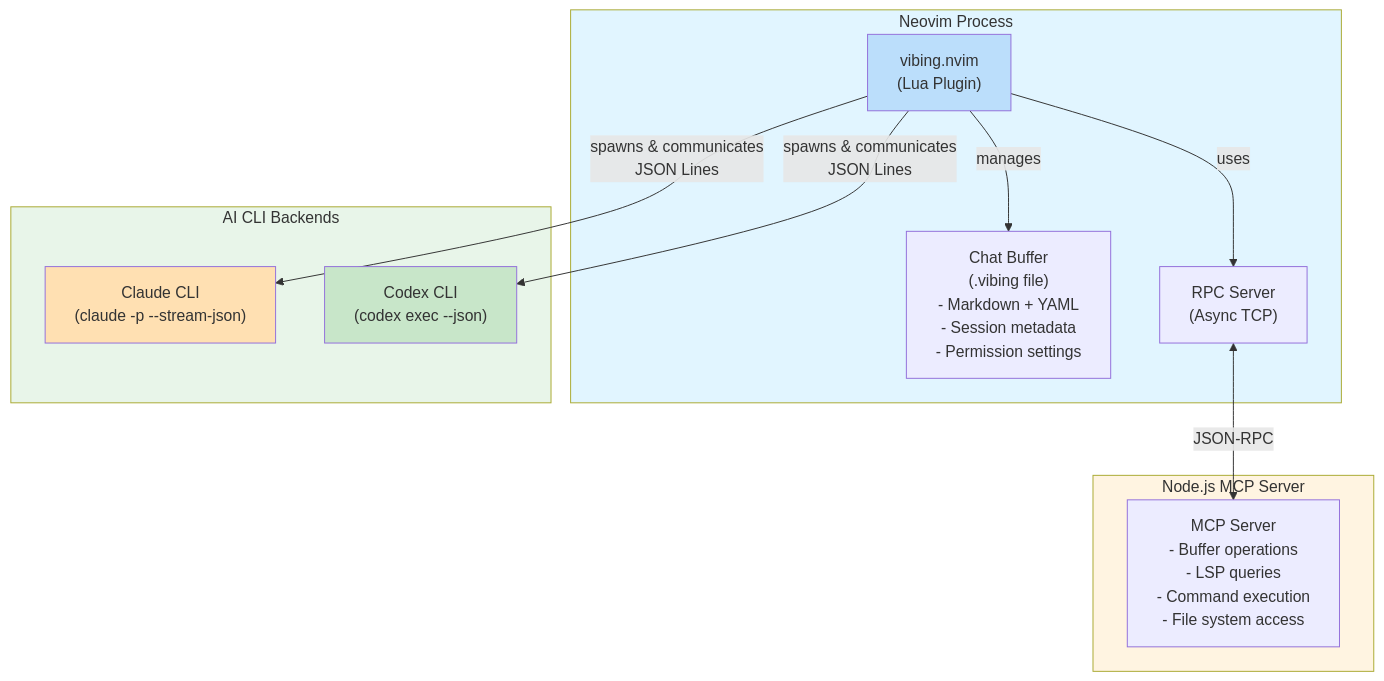
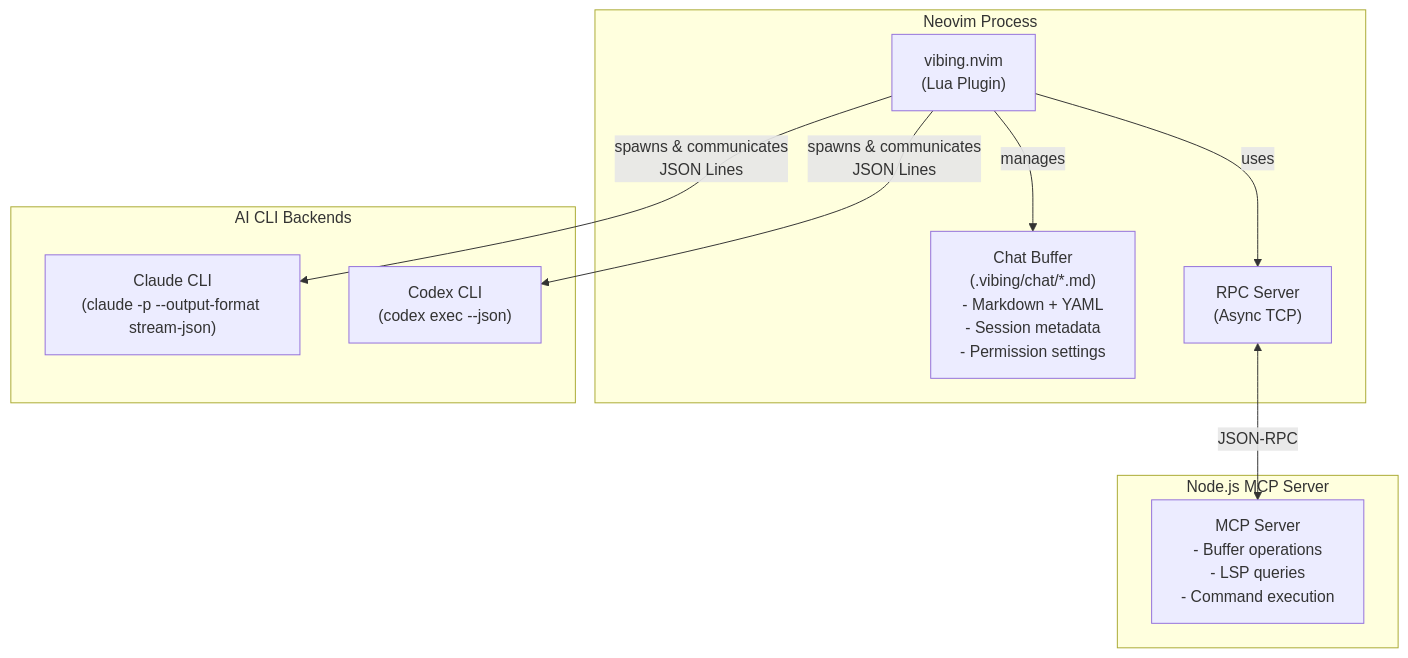
Before and after one commit to shabaraba/vibing.nvim: the diagram in README.md, drawn with Mermaid. The commit also changed other lines of this file and 7 other files, not shown here.

````diff
--- a/README.md
+++ b/README.md
@@ -961,31 +304,24 @@
 ```mermaid
 graph TB
     subgraph Neovim["Neovim Process"]
         Plugin["vibing.nvim<br/>(Lua Plugin)"]
-        Buffer["Chat Buffer<br/>(.vibing file)<br/>- Markdown + YAML<br/>- Session metadata<br/>- Permission settings"]
+        Buffer["Chat Buffer<br/>(.vibing/chat/*.md)<br/>- Markdown + YAML<br/>- Session metadata<br/>- Permission settings"]
         RPC["RPC Server<br/>(Async TCP)"]
 
         Plugin -->|manages| Buffer
         Plugin -->|uses| RPC
     end
 
     subgraph MCP["Node.js MCP Server"]
-        MCPServer["MCP Server<br/>- Buffer operations<br/>- LSP queries<br/>- Command execution<br/>- File system access"]
+        MCPServer["MCP Server<br/>- Buffer operations<br/>- LSP queries<br/>- Command execution"]
     end
 
     subgraph AI["AI CLI Backends"]
-        Claude["Claude CLI<br/>(claude -p --stream-json)"]
+        Claude["Claude CLI<br/>(claude -p --output-format stream-json)"]
         Codex["Codex CLI<br/>(codex exec --json)"]
     end
 
     RPC <-->|JSON-RPC| MCPServer
     Plugin -->|spawns & communicates<br/>JSON Lines| Claude
     Plugin -->|spawns & communicates<br/>JSON Lines| Codex
-
-    style Neovim fill:#e1f5ff
-    style MCP fill:#fff4e1
-    style AI fill:#e8f5e9
-    style Plugin fill:#bbdefb
-    style Claude fill:#ffe0b2
-    style Codex fill:#c8e6c9
 ```
````
